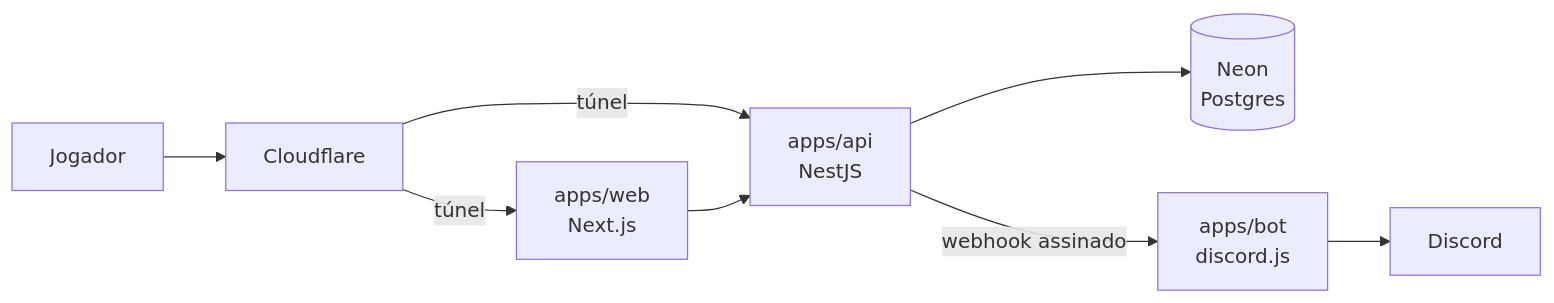
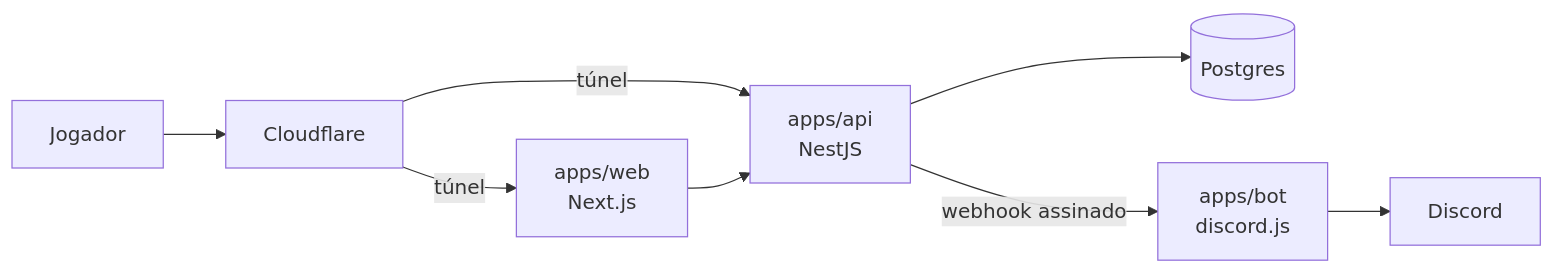
One commit to ljborgess/ProLobby.com changed the diagram in README.md. Above: the diagram before and after it, drawn with Mermaid. The commit also changed other lines of this file and 10 other files, not shown here.

````diff
--- a/README.md
+++ b/README.md
@@ -246,10 +62,10 @@
 ```mermaid
 flowchart LR
     U[Jogador] --> CF[Cloudflare]
     CF -->|túnel| WEB[apps/web<br/>Next.js]
     CF -->|túnel| API[apps/api<br/>NestJS]
     WEB --> API
-    API --> DB[(Neon<br/>Postgres)]
+    API --> DB[(Postgres)]
     API -->|webhook assinado| BOT[apps/bot<br/>discord.js]
     BOT --> DC[Discord]
 ```
````
